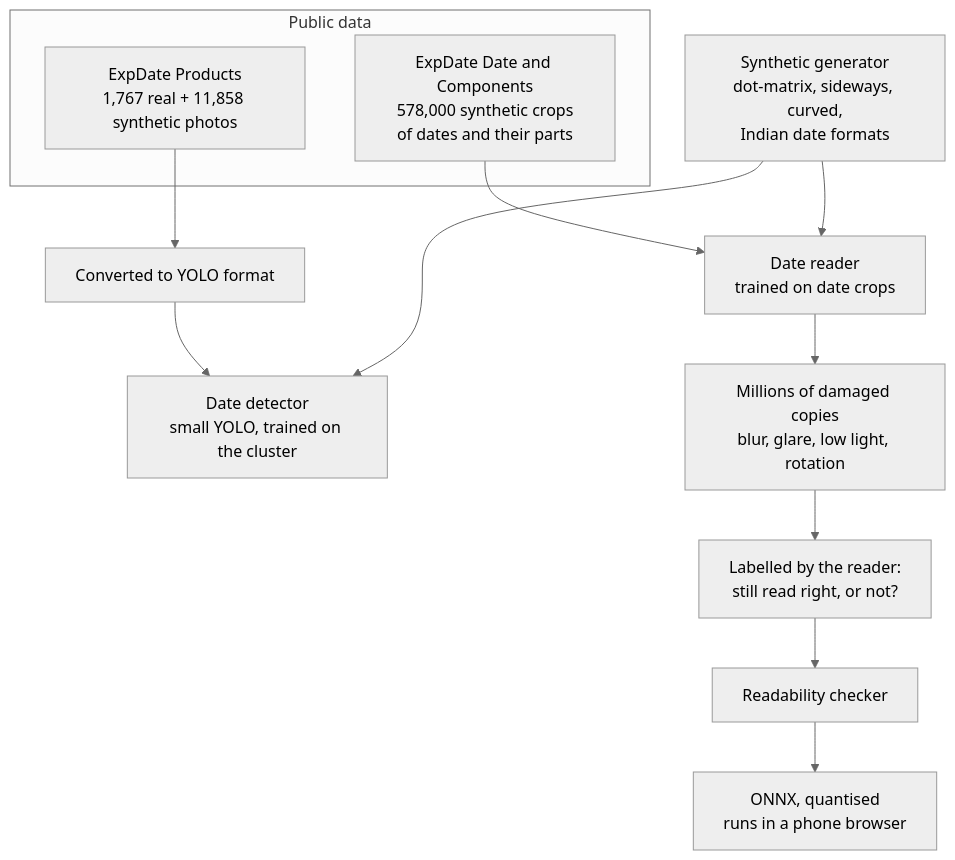
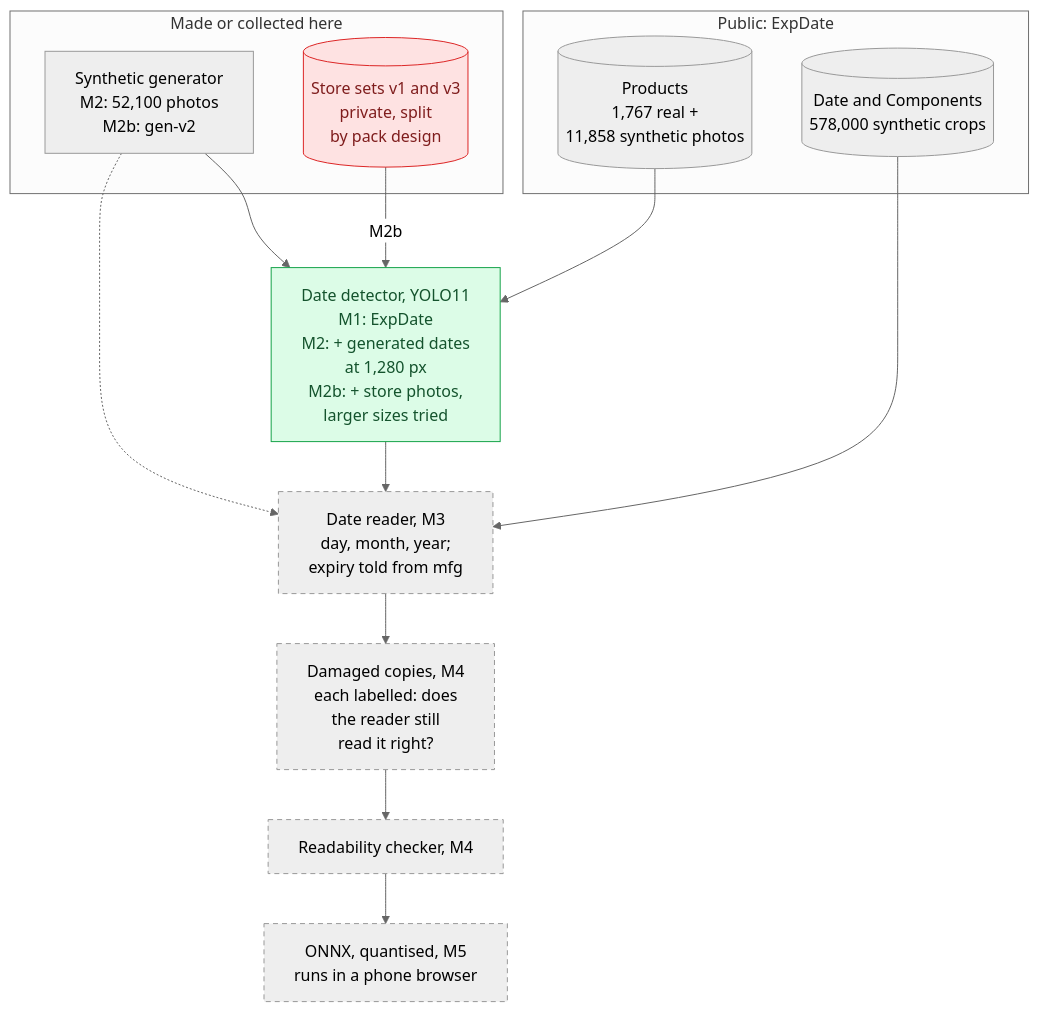
Before and after one commit to aayushroopchandani/bestbefore: the second of 12 diagrams in README.md, drawn with Mermaid (neutral theme). The commit also changed other lines of this file, not shown here.

Commit message:
docs: readme diagrams: the architecture, the generator, the gpu queue, the m2 ablation and m2b

````diff
--- a/README.md
+++ b/README.md
@@ -90,18 +128,26 @@
 ```mermaid
 flowchart TD
-    subgraph public["Public data"]
-        PROD["ExpDate Products<br/>1,767 real + 11,858 synthetic photos"]
-        CROPS["ExpDate Date and Components<br/>578,000 synthetic crops<br/>of dates and their parts"]
+    subgraph pub["Public: ExpDate"]
+        PROD[("Products<br/>1,767 real +<br/>11,858 synthetic photos")]
+        CROPS[("Date and Components<br/>578,000 synthetic crops")]
     end
-    GEN["Synthetic generator<br/>dot-matrix, sideways, curved,<br/>Indian date formats"]
-
-    PROD --> YOLO["Converted to YOLO format"]
-    YOLO --> DET["Date detector<br/>small YOLO, trained on the cluster"]
+    subgraph own["Made or collected here"]
+        GEN["Synthetic generator<br/>M2: 52,100 photos<br/>M2b: gen-v2"]
+        STORE[("Store sets v1 and v3<br/>private, split<br/>by pack design")]
+    end
+    PROD --> DET["Date detector, YOLO11<br/>M1: ExpDate<br/>M2: + generated dates<br/>at 1,280 px<br/>M2b: + store photos,<br/>larger sizes tried"]
     GEN --> DET
-    CROPS --> READ["Date reader<br/>trained on date crops"]
-    GEN --> READ
-    READ --> DMG["Millions of damaged copies<br/>blur, glare, low light, rotation"]
-    DMG --> LBL["Labelled by the reader:<br/>still read right, or not?"]
-    LBL --> CHK["Readability checker"]
-    CHK --> PHONE["ONNX, quantised<br/>runs in a phone browser"]
+    STORE -- "M2b" --> DET
+    DET --> READ["Date reader, M3<br/>day, month, year;<br/>expiry told from mfg"]
+    CROPS --> READ
+    GEN -.-> READ
+    READ --> DMG["Damaged copies, M4<br/>each labelled: does<br/>the reader still<br/>read it right?"]
+    DMG --> CHK["Readability checker, M4"]
+    CHK --> PHONE["ONNX, quantised, M5<br/>runs in a phone browser"]
+    class DET built
+    class READ,DMG,CHK,PHONE planned
+    class STORE private
+    classDef built fill:#dcfce7,stroke:#16a34a,color:#14532d
+    classDef planned stroke-dasharray:5 4
+    classDef private fill:#fee2e2,stroke:#dc2626,color:#7f1d1d
 ```
````
